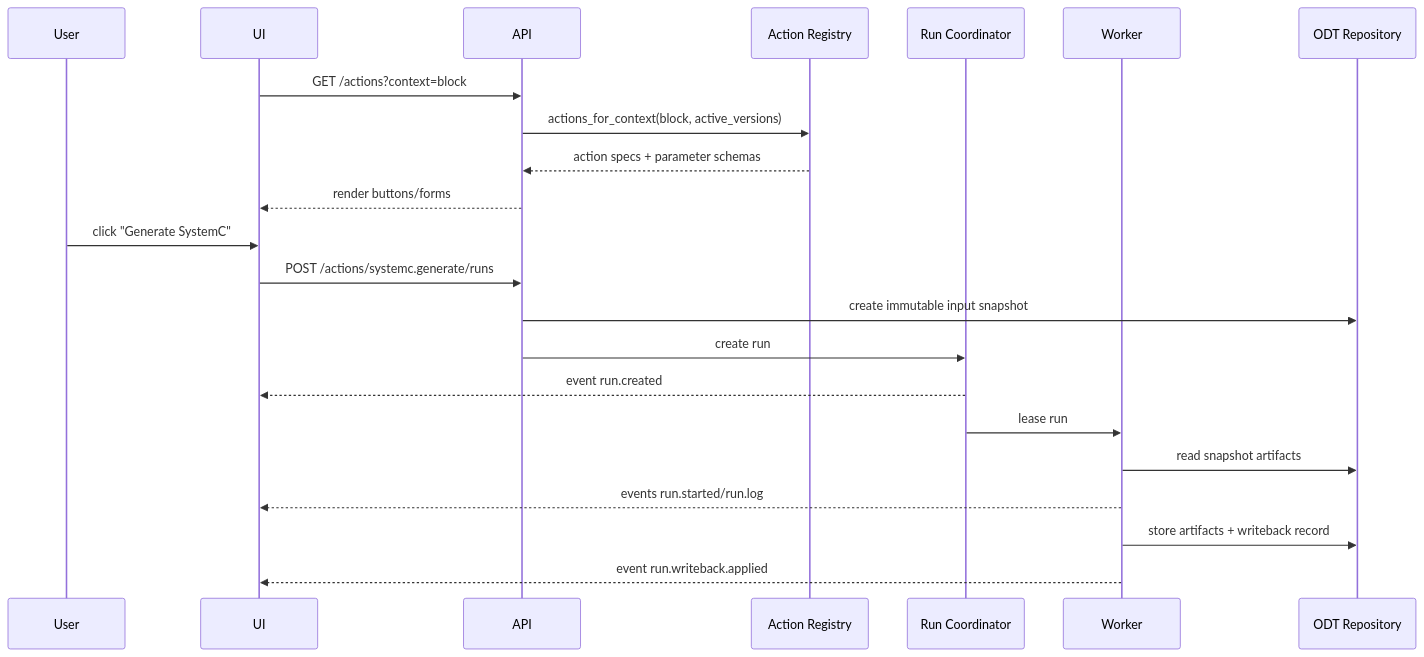
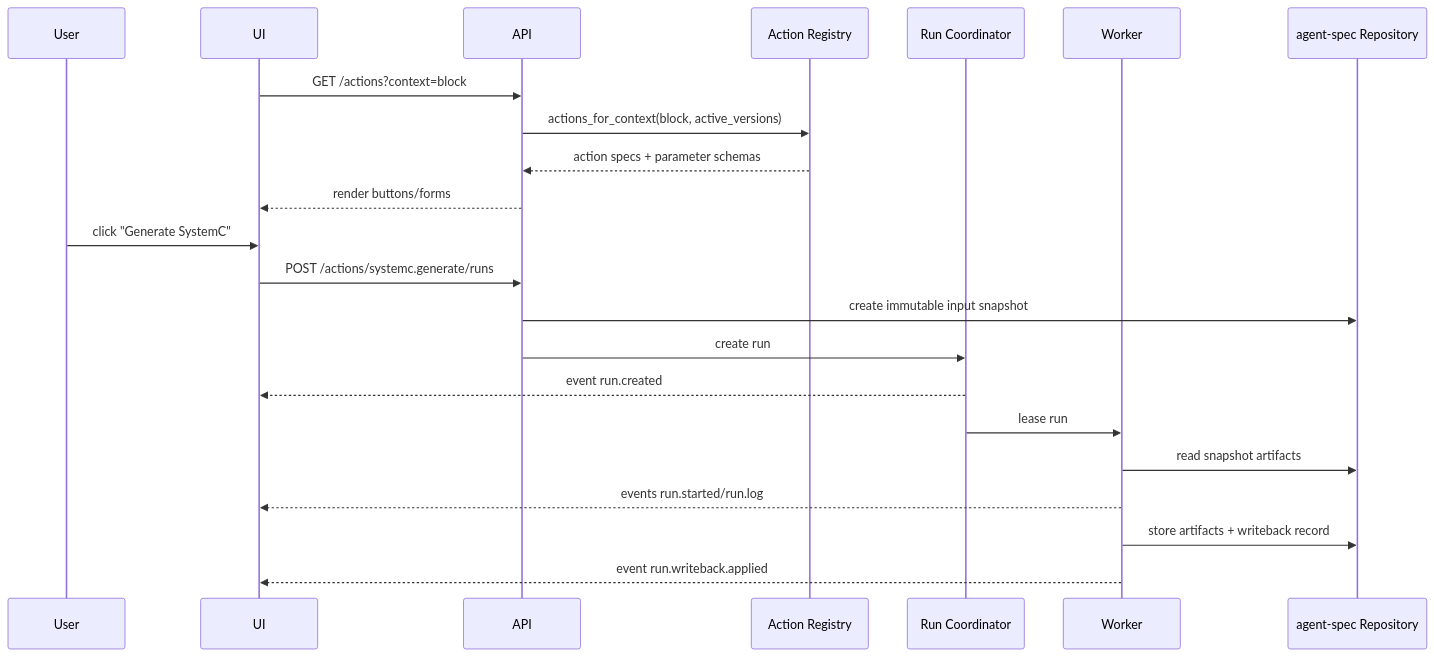
One commit to ankdesh/spec2gds changed the third of 4 diagrams in docs/agent_spec_architecture.md. Above: the diagram before and after it, drawn with Mermaid. The commit also changed other lines of this file and 100 other files, not shown here.

Commit message:
Refactor: Focus on agent-spec

````diff
--- a/docs/agent_spec_architecture.md
+++ b/docs/agent_spec_architecture.md
@@ -241,25 +237,25 @@
 ```mermaid
 sequenceDiagram
   participant User
   participant UI
   participant API
   participant Registry as Action Registry
   participant Runs as Run Coordinator
   participant Worker
-  participant ODT as ODT Repository
+  participant agent-spec as agent-spec Repository
 
   UI->>API: GET /actions?context=block
   API->>Registry: actions_for_context(block, active_versions)
   Registry-->>API: action specs + parameter schemas
   API-->>UI: render buttons/forms
   User->>UI: click "Generate SystemC"
   UI->>API: POST /actions/systemc.generate/runs
-  API->>ODT: create immutable input snapshot
+  API->>agent-spec: create immutable input snapshot
   API->>Runs: create run
   Runs-->>UI: event run.created
   Runs->>Worker: lease run
-  Worker->>ODT: read snapshot artifacts
+  Worker->>agent-spec: read snapshot artifacts
   Worker-->>UI: events run.started/run.log
-  Worker->>ODT: store artifacts + writeback record
+  Worker->>agent-spec: store artifacts + writeback record
   Worker-->>UI: event run.writeback.applied
 ```
````
